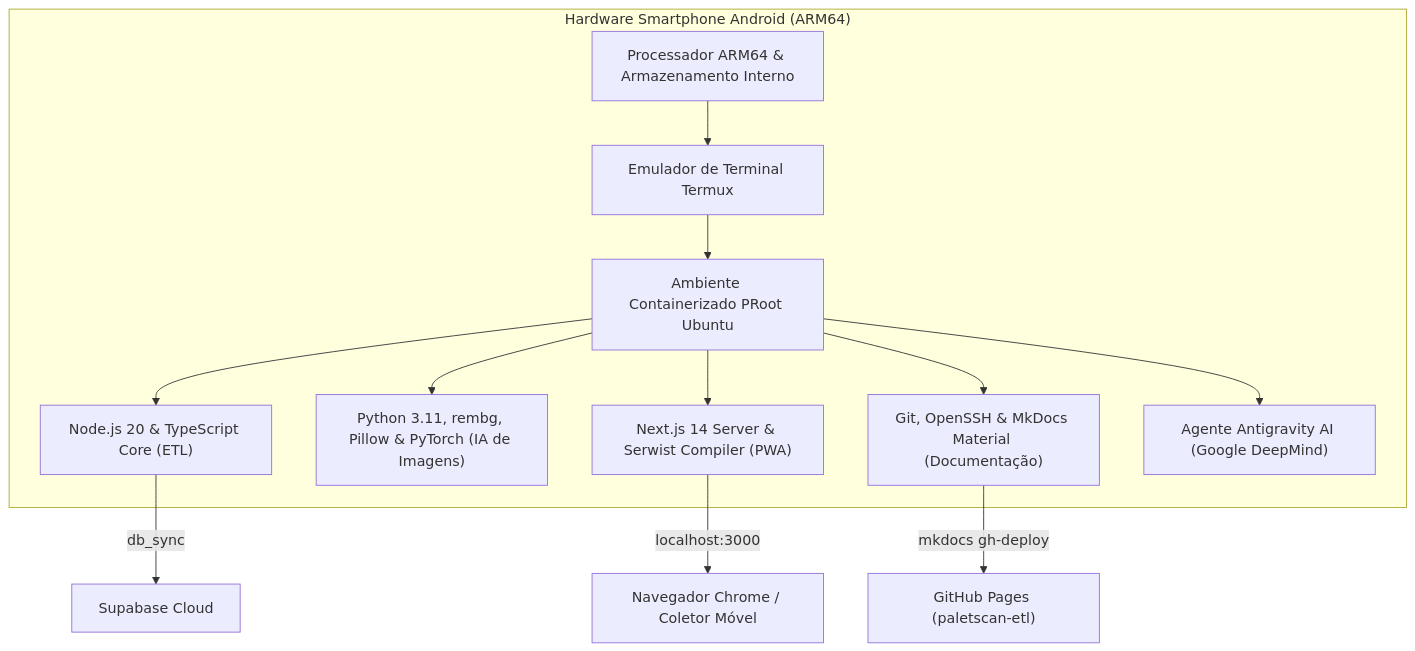
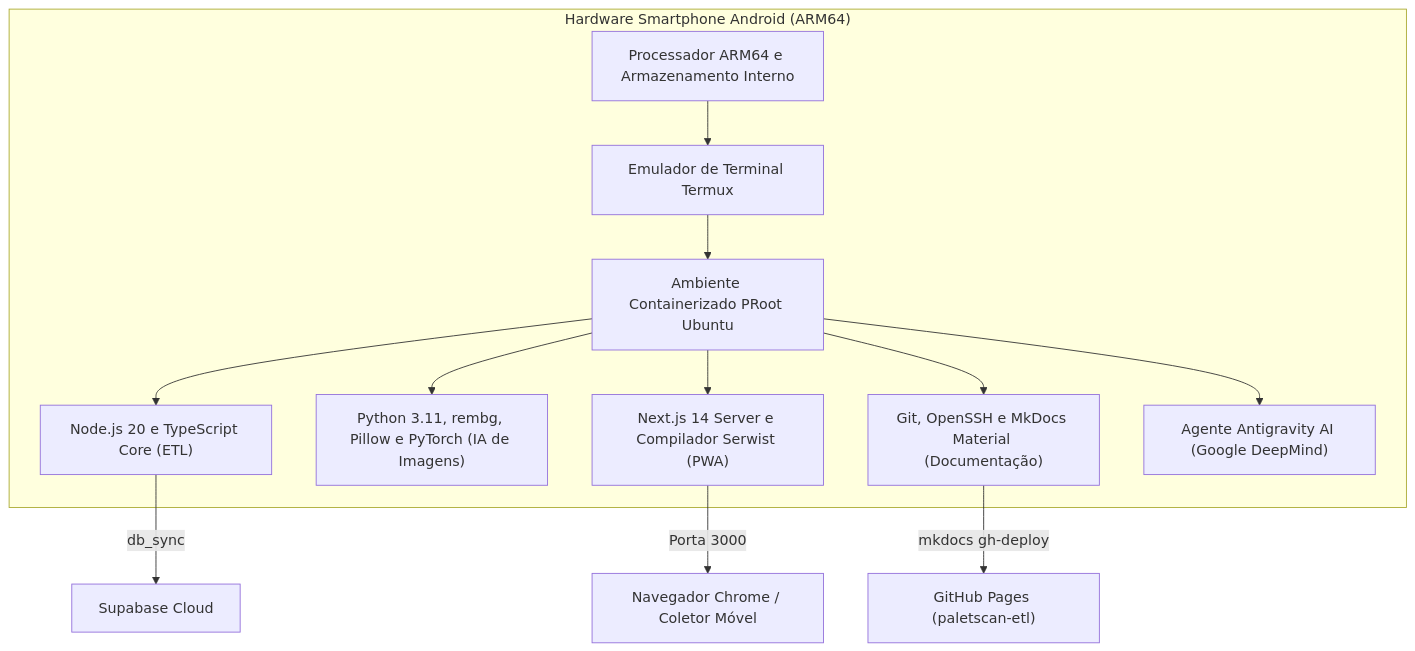
The diagram in docs/desenvolvimento-termux.md (NaejBarbosa/paletscan-etl), drawn with Mermaid before and after one commit. The commit also changed 6 other files, not shown here.

Commit message:
fix(docs): corrigir sintaxe do Mermaid e compatibilidade total com versao 11.17

````diff
--- a/docs/desenvolvimento-termux.md
+++ b/docs/desenvolvimento-termux.md
@@ -11,17 +11,17 @@
 ```mermaid
-graph TD
+flowchart TD
     subgraph Hardware ["Hardware Smartphone Android (ARM64)"]
-        A["Processador ARM64 & Armazenamento Interno"] --> B["Emulador de Terminal Termux"]
+        A["Processador ARM64 e Armazenamento Interno"] --> B["Emulador de Terminal Termux"]
         B --> C["Ambiente Containerizado PRoot Ubuntu"]
         
-        C --> D["Node.js 20 & TypeScript Core (ETL)"]
-        C --> E["Python 3.11, rembg, Pillow & PyTorch (IA de Imagens)"]
-        C --> F["Next.js 14 Server & Serwist Compiler (PWA)"]
-        C --> G["Git, OpenSSH & MkDocs Material (Documentação)"]
+        C --> D["Node.js 20 e TypeScript Core (ETL)"]
+        C --> E["Python 3.11, rembg, Pillow e PyTorch (IA de Imagens)"]
+        C --> F["Next.js 14 Server e Compilador Serwist (PWA)"]
+        C --> G["Git, OpenSSH e MkDocs Material (Documentação)"]
         C --> H["Agente Antigravity AI (Google DeepMind)"]
     end
     
-    F -->|localhost:3000| I["Navegador Chrome / Coletor Móvel"]
+    F -->|Porta 3000| I["Navegador Chrome / Coletor Móvel"]
     G -->|mkdocs gh-deploy| J["GitHub Pages (paletscan-etl)"]
     D -->|db_sync| K["Supabase Cloud"]
 ```
````
